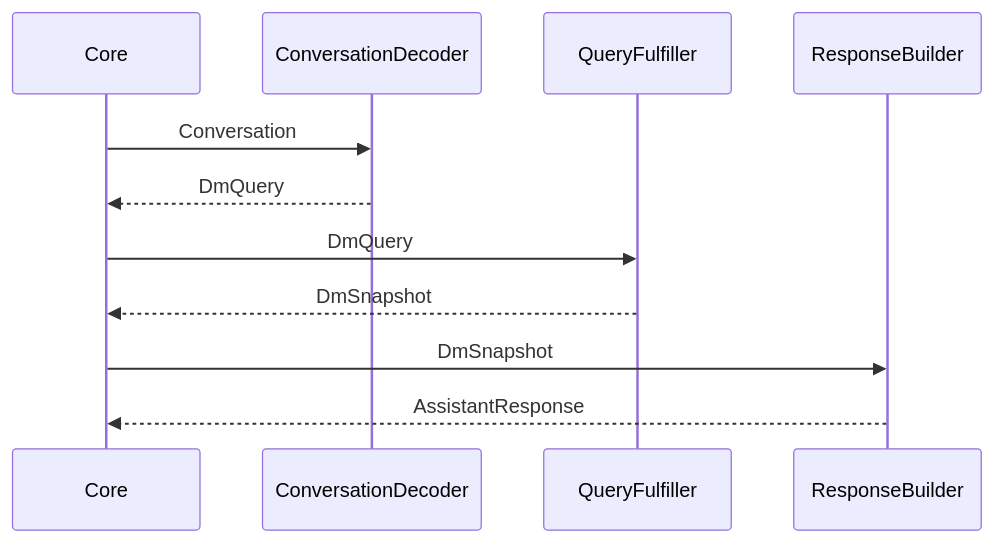
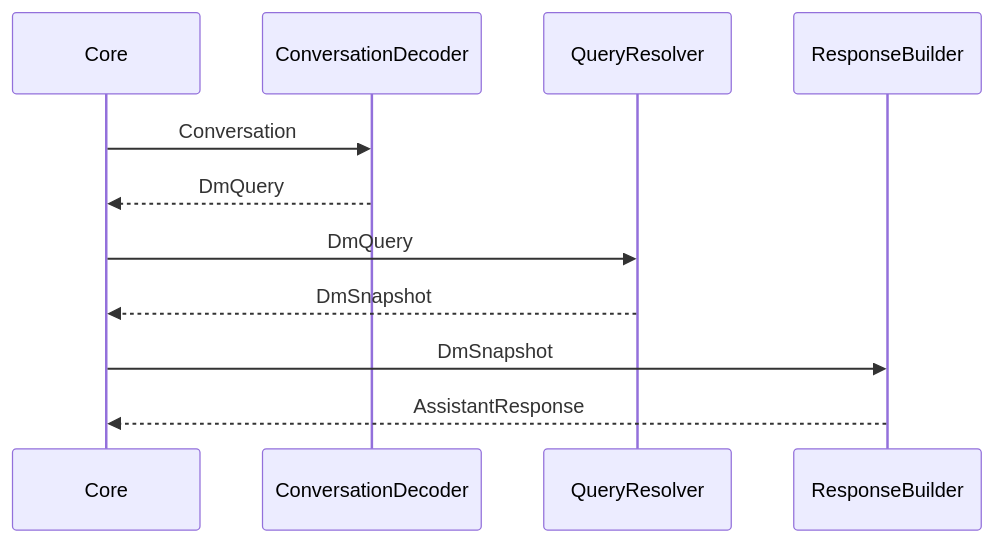
Before and after one commit to nielsmaerten/gluco-check: the second of 3 diagrams in CONTRIBUTING.md, drawn with Mermaid. The commit also changed other lines of this file and 8 other files, not shown here.

````diff
--- a/CONTRIBUTING.md
+++ b/CONTRIBUTING.md
@@ -146,9 +146,9 @@
 ```mermaid
 sequenceDiagram
 Core->>ConversationDecoder: Conversation
 ConversationDecoder-->>Core: DmQuery
-Core->>QueryFulfiller: DmQuery
-QueryFulfiller-->>Core: DmSnapshot
+Core->>QueryResolver: DmQuery
+QueryResolver-->>Core: DmSnapshot
 Core->>ResponseBuilder: DmSnapshot
 ResponseBuilder-->>Core: AssistantResponse
 ```
````
